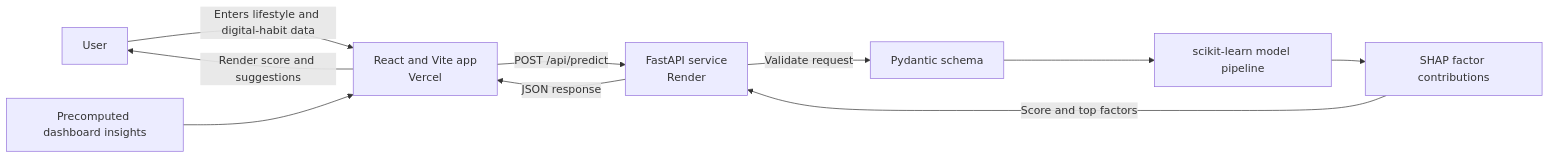
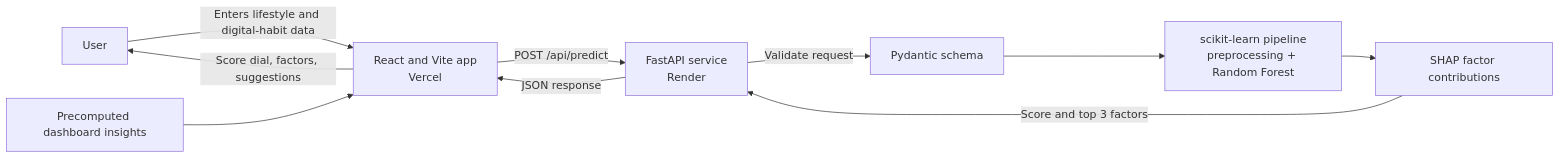
Before and after one commit to Ume123-gif/MentaScore: the diagram in README.md, drawn with Mermaid. The commit also changed other lines of this file, not shown here.

````diff
--- a/README.md
+++ b/README.md
@@ -27,12 +28,12 @@
 ```mermaid
 flowchart LR
     Person[User] -->|Enters lifestyle and digital-habit data| Web[React and Vite app<br/>Vercel]
     Web -->|POST /api/predict| API[FastAPI service<br/>Render]
     API -->|Validate request| Schema[Pydantic schema]
-    Schema --> Model[scikit-learn model pipeline]
+    Schema --> Model[scikit-learn pipeline<br/>preprocessing + Random Forest]
     Model --> Explain[SHAP factor contributions]
-    Explain -->|Score and top factors| API
+    Explain -->|Score and top 3 factors| API
     API -->|JSON response| Web
-    Web -->|Render score and suggestions| Person
+    Web -->|Score dial, factors, suggestions| Person
     Insights[Precomputed dashboard insights] --> Web
 ```
````
